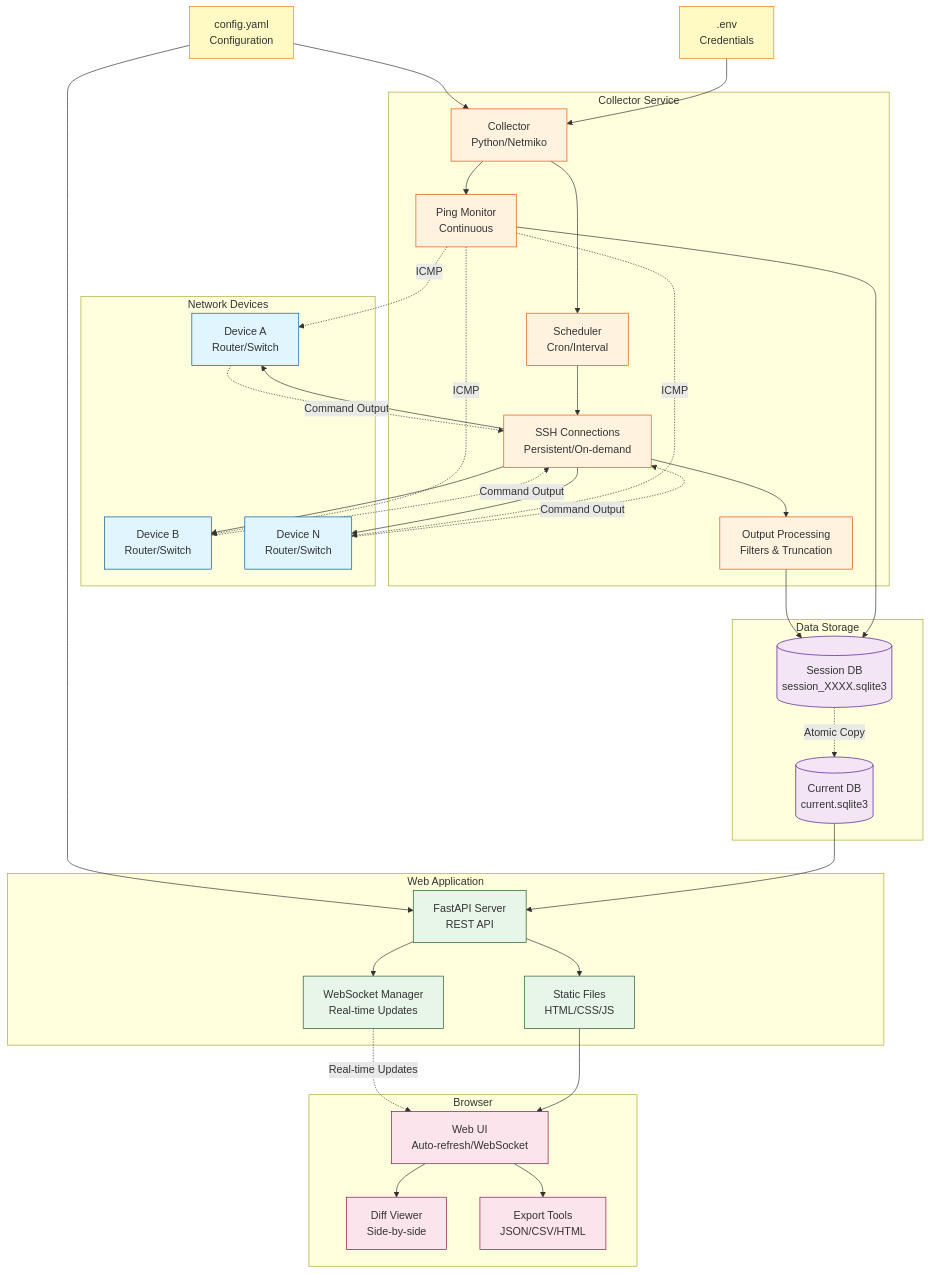
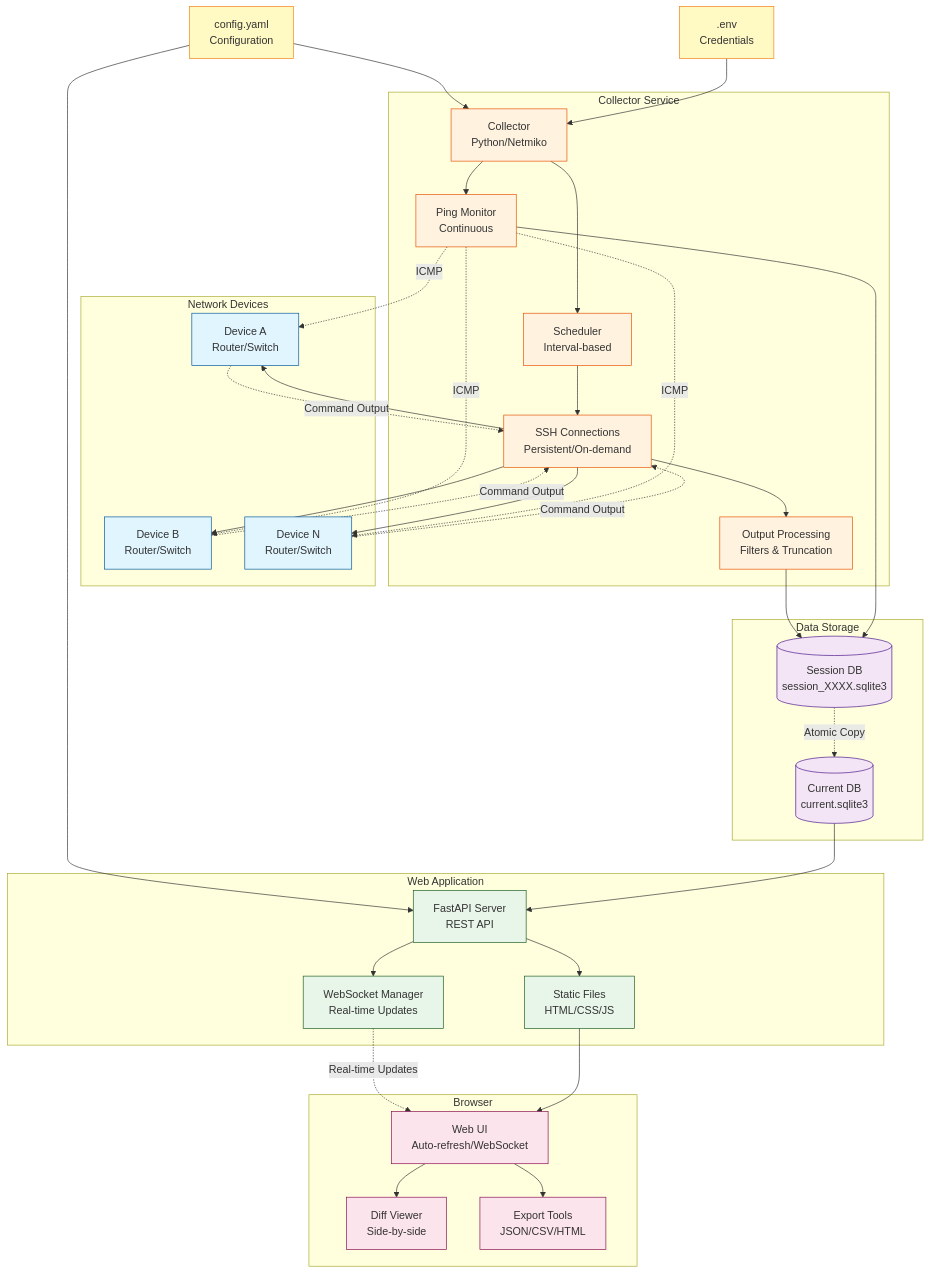
One commit to icecake0141/nw-watch changed the diagram in README.md. Above: the diagram before and after it, drawn with Mermaid. The commit also changed other lines of this file, not shown here.

Commit message:
Update README documentation for interval-based scheduling

```diff
--- a/README.md
+++ b/README.md
@@ -576,7 +572,7 @@
         C[Collector<br/>Python/Netmiko]
         SSH[SSH Connections<br/>Persistent/On-demand]
         FILTER[Output Processing<br/>Filters & Truncation]
-        SCHED[Scheduler<br/>Cron/Interval]
+        SCHED[Scheduler<br/>Interval-based]
         PING[Ping Monitor<br/>Continuous]
     end
     
```
